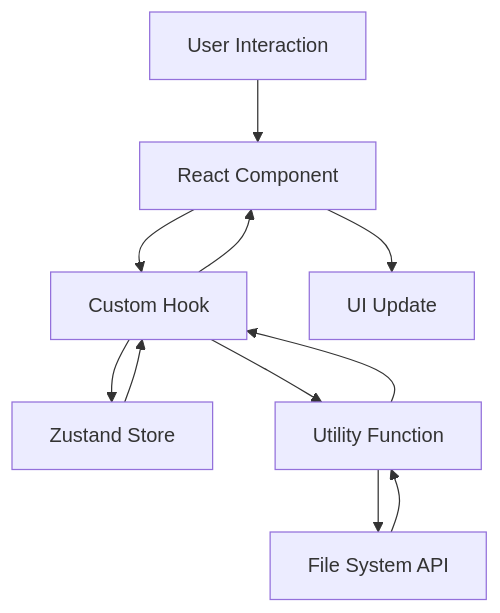
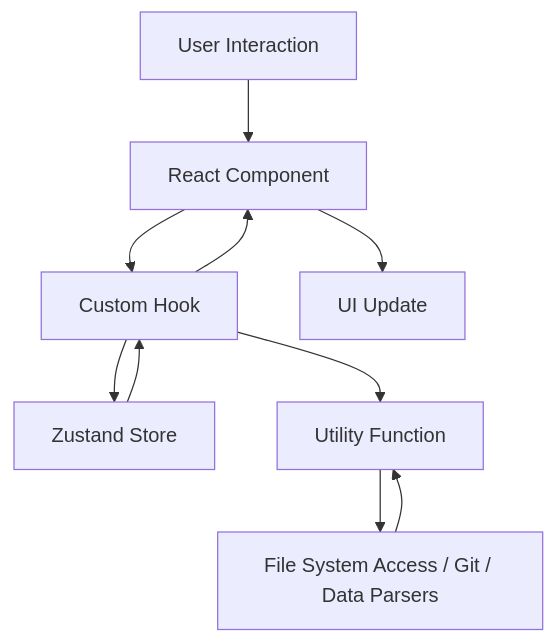
The diagram in docs/architecture.md (junTaniguchi/ido_editor), drawn with Mermaid before and after one commit. The commit also changed other lines of this file and 23 other files, not shown here.

````diff
--- a/docs/architecture.md
+++ b/docs/architecture.md
@@ -52,13 +37,12 @@
 ```mermaid
 graph TD
-    A[User Interaction] --> B[React Component]
-    B --> C[Custom Hook]
-    C --> D[Zustand Store]
-    C --> E[Utility Function]
-    E --> F[File System API]
-    F --> E
-    E --> C
-    D --> C
-    C --> B
-    B --> G[UI Update]
+    U[User Interaction] --> C[React Component]
+    C --> H[Custom Hook]
+    H --> S[Zustand Store]
+    H --> L[Utility Function]
+    L --> FS[File System Access / Git / Data Parsers]
+    FS --> L
+    S --> H
+    H --> C
+    C --> UI[UI Update]
 ```
````
